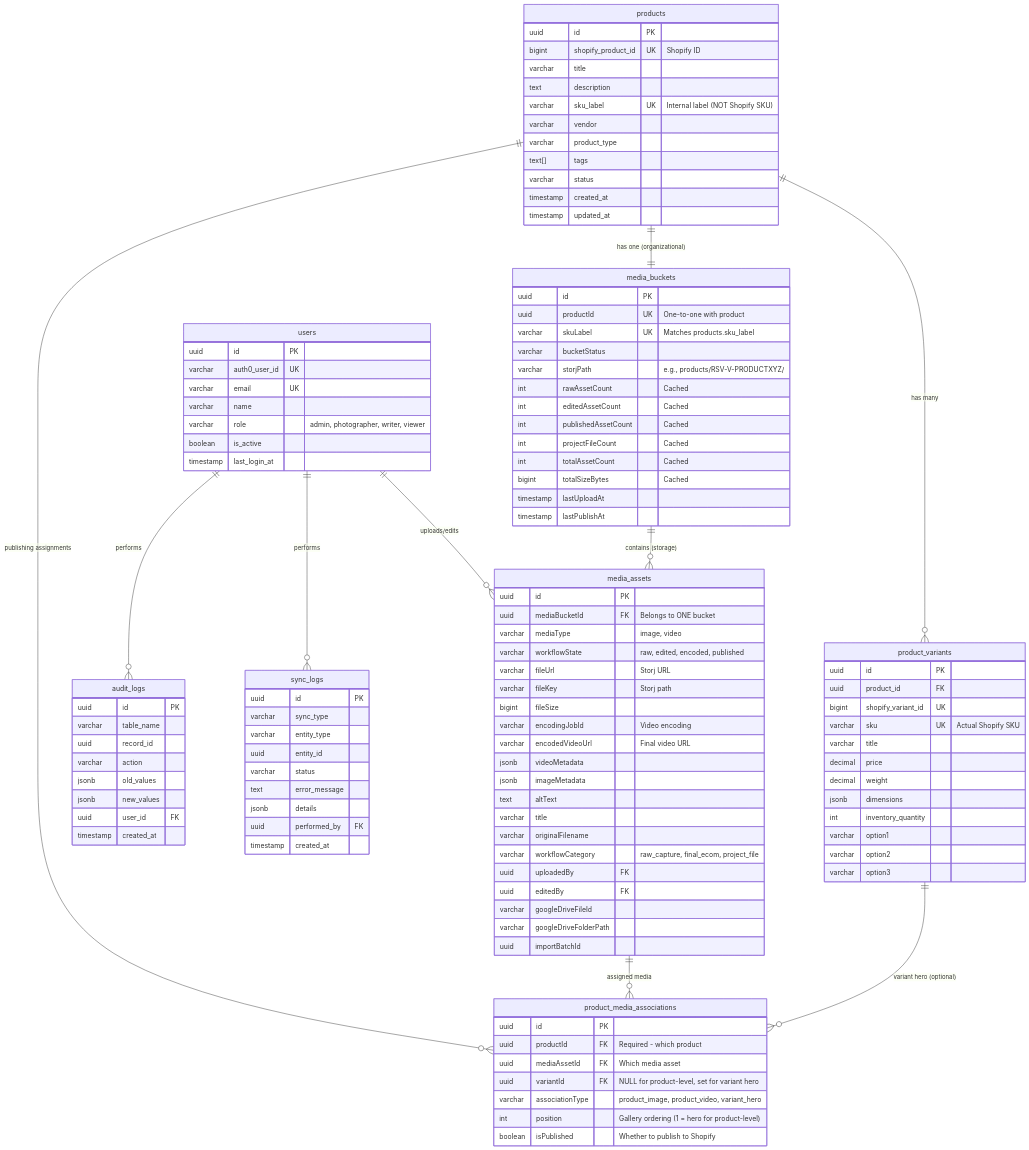
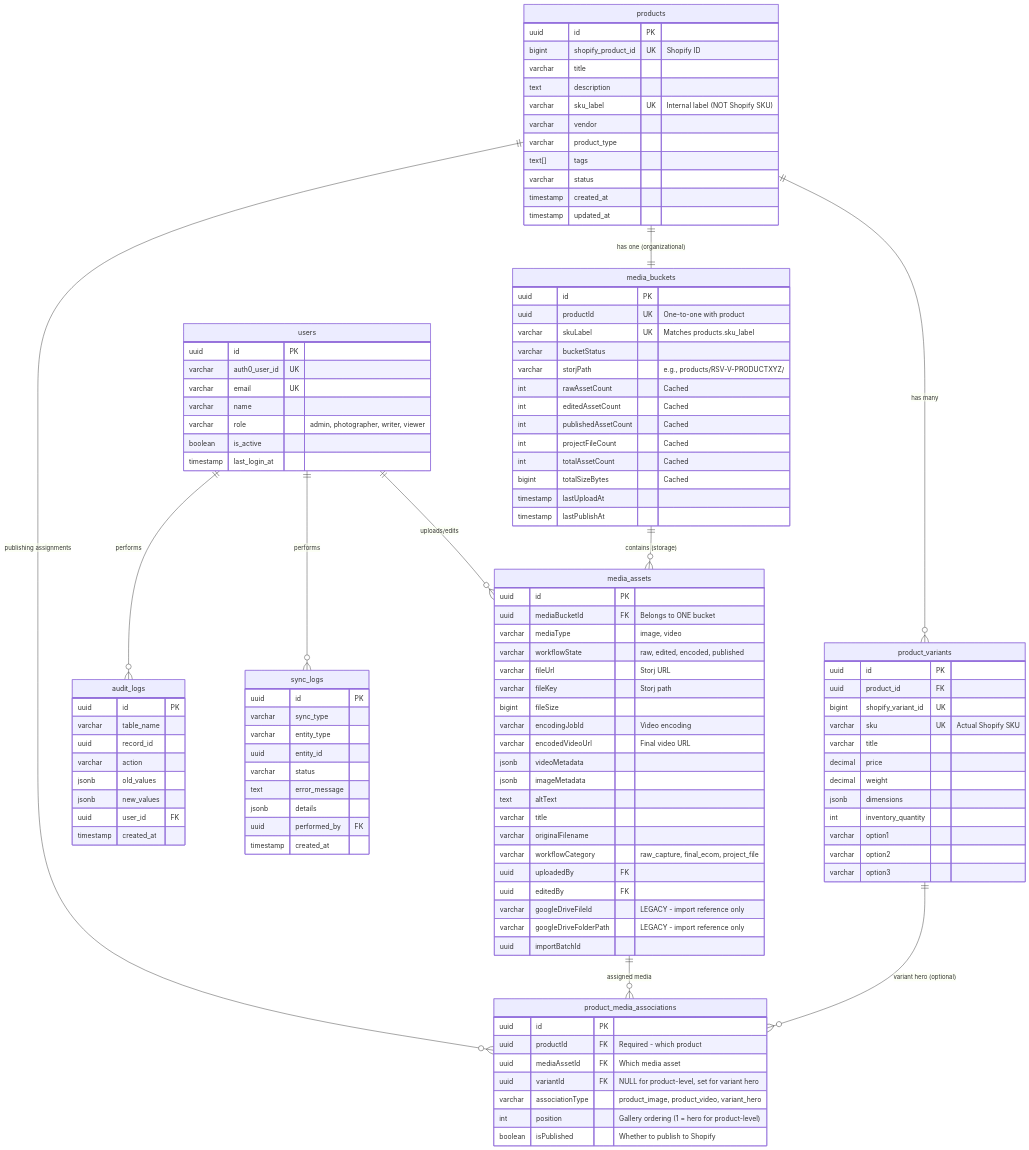
The first of 3 diagrams in database-schema.md (Kink-Engineering/kinkstore-PIM), drawn with Mermaid before and after one commit. The commit also changed other lines of this file, not shown here.

First line of the commit message:
Clarify Google Drive is import-only, stored as legacy reference

```diff
--- a/database-schema.md
+++ b/database-schema.md
@@ -80,8 +80,8 @@
         varchar workflowCategory "raw_capture, final_ecom, project_file"
         uuid uploadedBy FK
         uuid editedBy FK
-        varchar googleDriveFileId
-        varchar googleDriveFolderPath
+        varchar googleDriveFileId "LEGACY - import reference only"
+        varchar googleDriveFolderPath "LEGACY - import reference only"
         uuid importBatchId
     }
 
```
